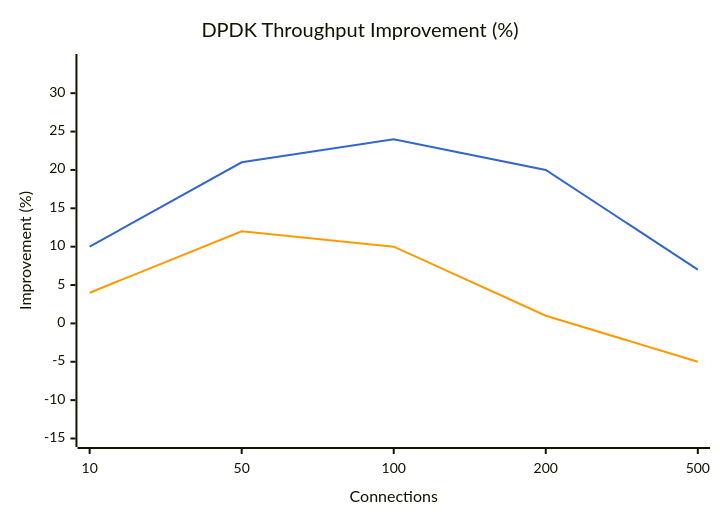
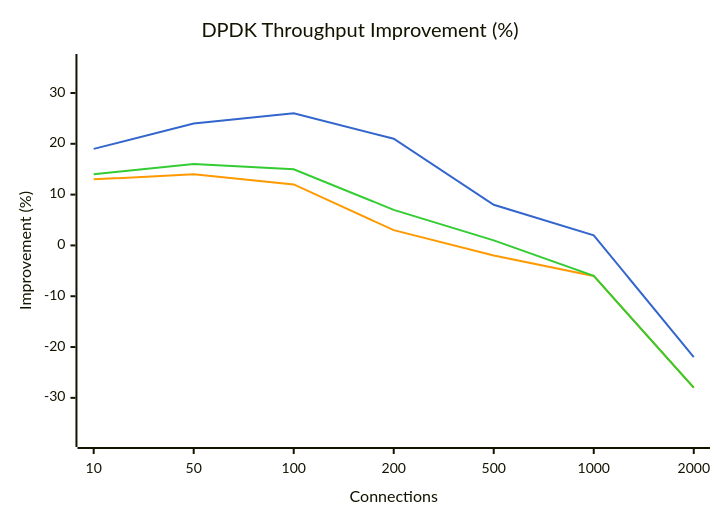
The third of 6 diagrams in docs/Bench/Azure/Standard_D8s_v5.md (youyuanwu/bypass-misc), drawn with Mermaid before and after one commit. The commit also changed other lines of this file and 15 other files, not shown here.

````diff
--- a/docs/Bench/Azure/Standard_D8s_v5.md
+++ b/docs/Bench/Azure/Standard_D8s_v5.md
@@ -71,14 +86,15 @@
 ```mermaid
 ---
 config:
     themeVariables:
         xyChart:
-            plotColorPalette: "#3366cc, #ff9900"
+            plotColorPalette: "#3366cc, #ff9900, #33cc33"
 ---
 xychart-beta
     title "DPDK Throughput Improvement (%)"
-    x-axis "Connections" [10, 50, 100, 200, 500]
-    y-axis "Improvement (%)" -15 --> 34
-    line "vs tokio" [10, 21, 24, 20, 7]
-    line "vs tokio-local" [4, 12, 10, 1, -5]
+    x-axis "Connections" [10, 50, 100, 200, 500, 1000, 2000]
+    y-axis "Improvement (%)" -38 --> 36
+    line "vs tokio" [19, 24, 26, 21, 8, 2, -22]
+    line "vs tokio-local" [13, 14, 12, 3, -2, -6, -28]
+    line "vs kimojio" [14, 16, 15, 7, 1, -6, -28]
 ```
````
